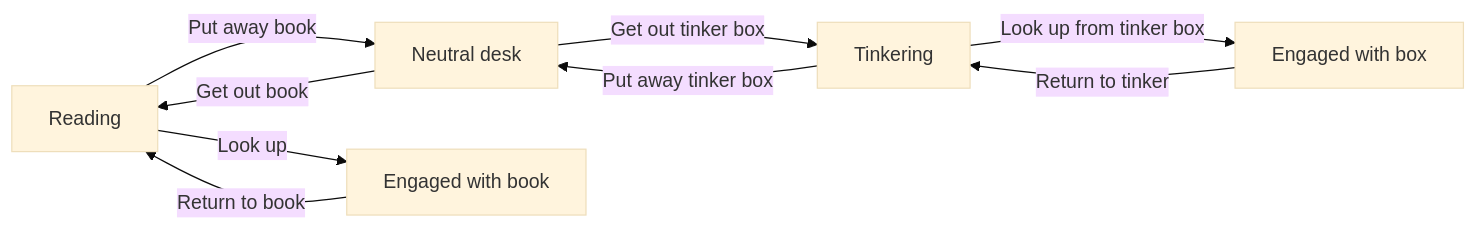
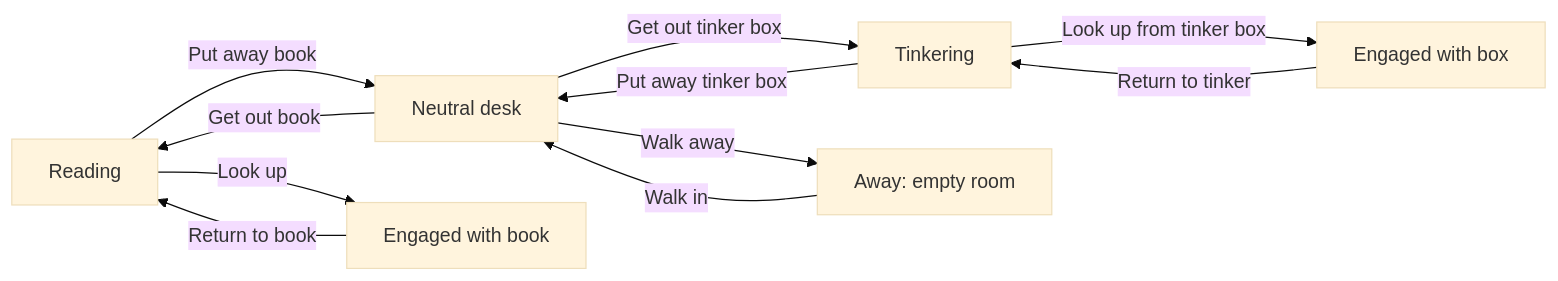
One commit to Jonahblack/HPPort changed the diagram in docs/wilhelm_animation_implementation_plan.md. Above: the diagram before and after it, drawn with Mermaid (base theme). The commit also changed other lines of this file and 12 other files, not shown here.

Commit message:
feat(animation): add walk_away and walk_in transitions with away scene and night schedule docs

````diff
--- a/docs/wilhelm_animation_implementation_plan.md
+++ b/docs/wilhelm_animation_implementation_plan.md
@@ -142,11 +145,13 @@
 ```mermaid
 flowchart LR
     R[Reading] -->|Put away book| N[Neutral desk]
     N -->|Get out book| R
     N -->|Get out tinker box| T[Tinkering]
     T -->|Put away tinker box| N
     R -->|Look up| E[Engaged with book]
     E -->|Return to book| R
     T -->|Look up from tinker box| ET[Engaged with box]
     ET -->|Return to tinker| T
+    N -->|Walk away| A[Away: empty room]
+    A -->|Walk in| N
 ```
````
